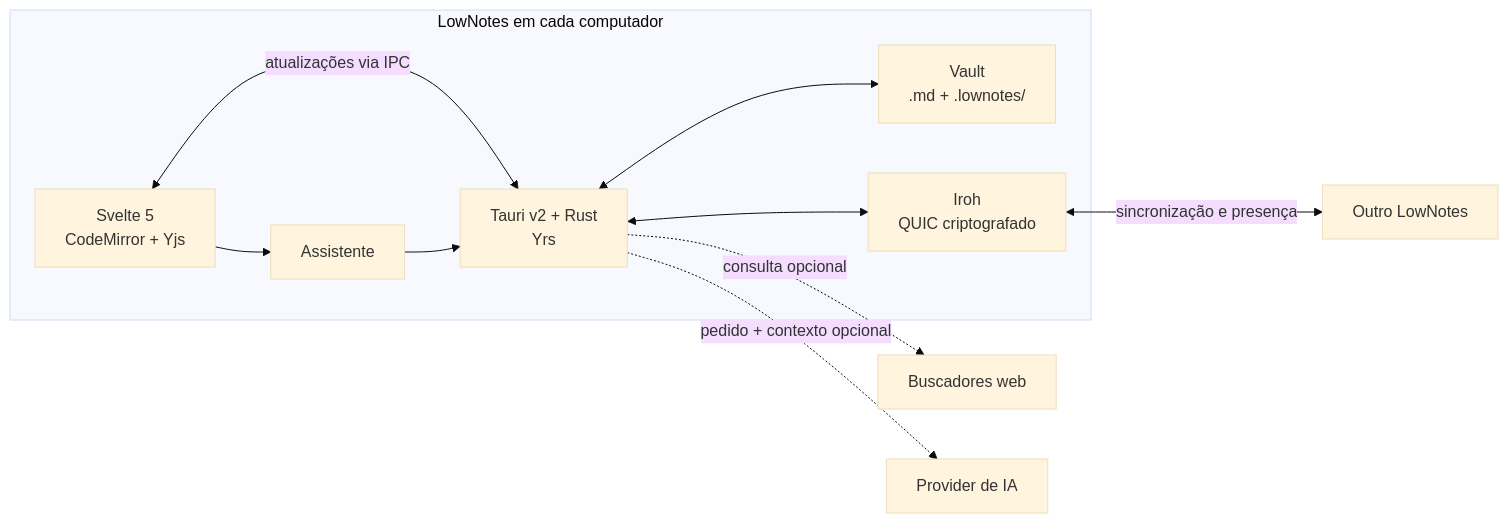
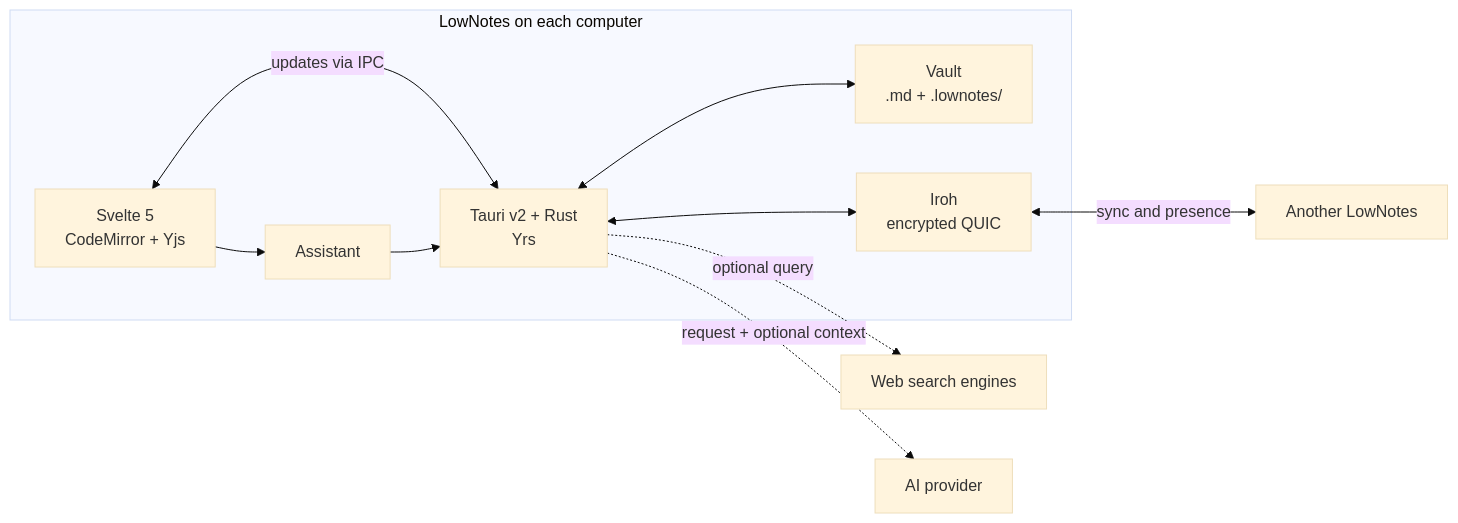
The diagram in README.md (HeitorMinuzzo/LowNotes), drawn with Mermaid (base theme) before and after one commit. The commit also changed other lines of this file, not shown here.

````diff
--- a/README.md
+++ b/README.md
@@ -59,13 +59,13 @@
 ```mermaid
 flowchart LR
-    subgraph App["LowNotes em cada computador"]
-        UI["Svelte 5<br/>CodeMirror + Yjs"] <-->|"atualizações via IPC"| Core["Tauri v2 + Rust<br/>Yrs"]
+    subgraph App["LowNotes on each computer"]
+        UI["Svelte 5<br/>CodeMirror + Yjs"] <-->|"updates via IPC"| Core["Tauri v2 + Rust<br/>Yrs"]
         Core <--> Vault["Vault<br/>.md + .lownotes/"]
-        Core <--> Net["Iroh<br/>QUIC criptografado"]
-        UI --> Chat["Assistente"]
+        Core <--> Net["Iroh<br/>encrypted QUIC"]
+        UI --> Chat["Assistant"]
         Chat --> Core
     end
-    Net <-->|"sincronização e presença"| Peer["Outro LowNotes"]
-    Core -.->|"consulta opcional"| Web["Buscadores web"]
-    Core -.->|"pedido + contexto opcional"| AI["Provider de IA"]
+    Net <-->|"sync and presence"| Peer["Another LowNotes"]
+    Core -.->|"optional query"| Web["Web search engines"]
+    Core -.->|"request + optional context"| AI["AI provider"]
 ```
````
